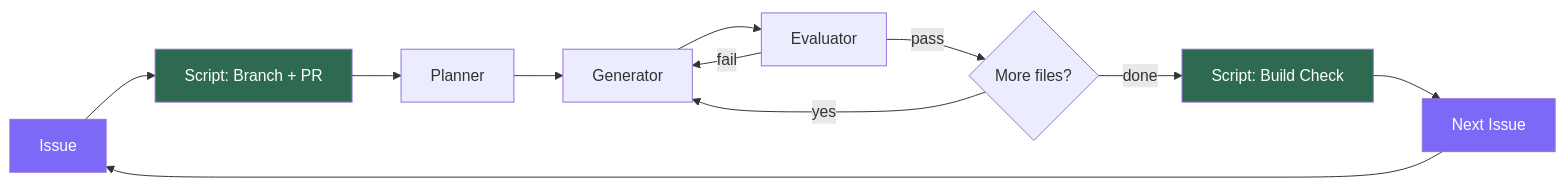
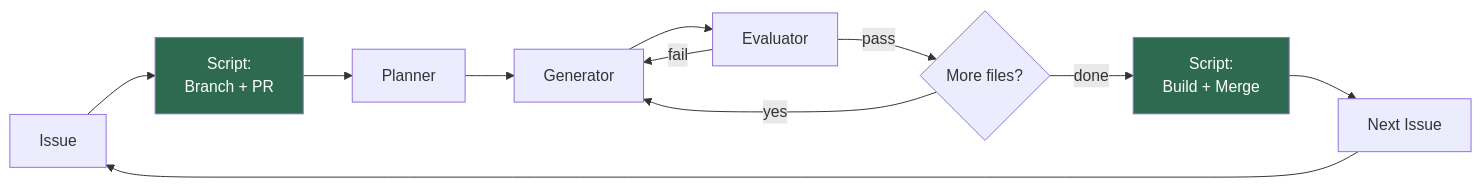
Before and after one commit to RyutoYoda/claude-continuous-loop: the diagram in docs/architecture.md, drawn with Mermaid. The commit also changed other lines of this file and 2 other files, not shown here.

````diff
--- a/docs/architecture.md
+++ b/docs/architecture.md
@@ -5,16 +5,16 @@
 ```mermaid
 flowchart LR
-    A[Issue] --> B[Script: Branch + PR] --> C[Planner] --> D[Generator]
+    A[Issue] --> B["Script:<br/>Branch + PR"]
+    B --> C[Planner]
+    C --> D[Generator]
     D --> E[Evaluator]
     E -->|fail| D
     E -->|pass| F{"More files?"}
     F -->|yes| D
-    F -->|done| G[Script: Build Check]
+    F -->|done| G["Script:<br/>Build + Merge"]
     G --> H[Next Issue]
     H --> A
 
-    style A fill:#7c6af7,color:#fff
     style B fill:#2d6a4f,color:#fff
     style G fill:#2d6a4f,color:#fff
-    style H fill:#7c6af7,color:#fff
 ```
````
